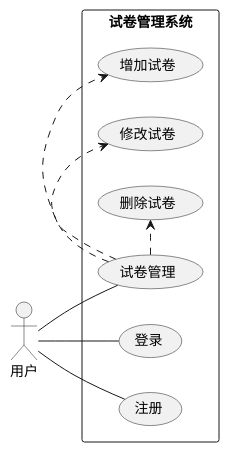
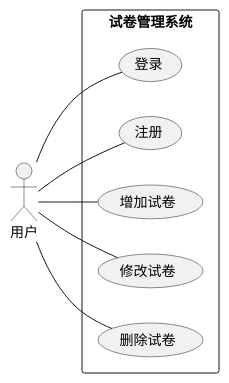
The first of 2 diagrams in cetutor.md (ringoyungpo/cetutor-doc), drawn with PlantUML before and after one commit. The commit also changed other lines of this file, not shown here.

````diff
--- a/cetutor.md
+++ b/cetutor.md
@@ -109,13 +110,12 @@
 ```puml
 left to right direction
 skinparam packageStyle rectangle
 actor 用户
 rectangle 试卷管理系统 {
   用户 -- (登录)
-  用户 -- (注册)  
-  用户 -- (试卷管理)
-  (试卷管理) .> (增加试卷)
-  (试卷管理) .> (修改试卷)
-  (试卷管理) .> (删除试卷)
+  用户 -- (注册)
+  用户 -- (增加试卷)
+  用户 -- (修改试卷)
+  用户 -- (删除试卷)
 }
 ```
````
